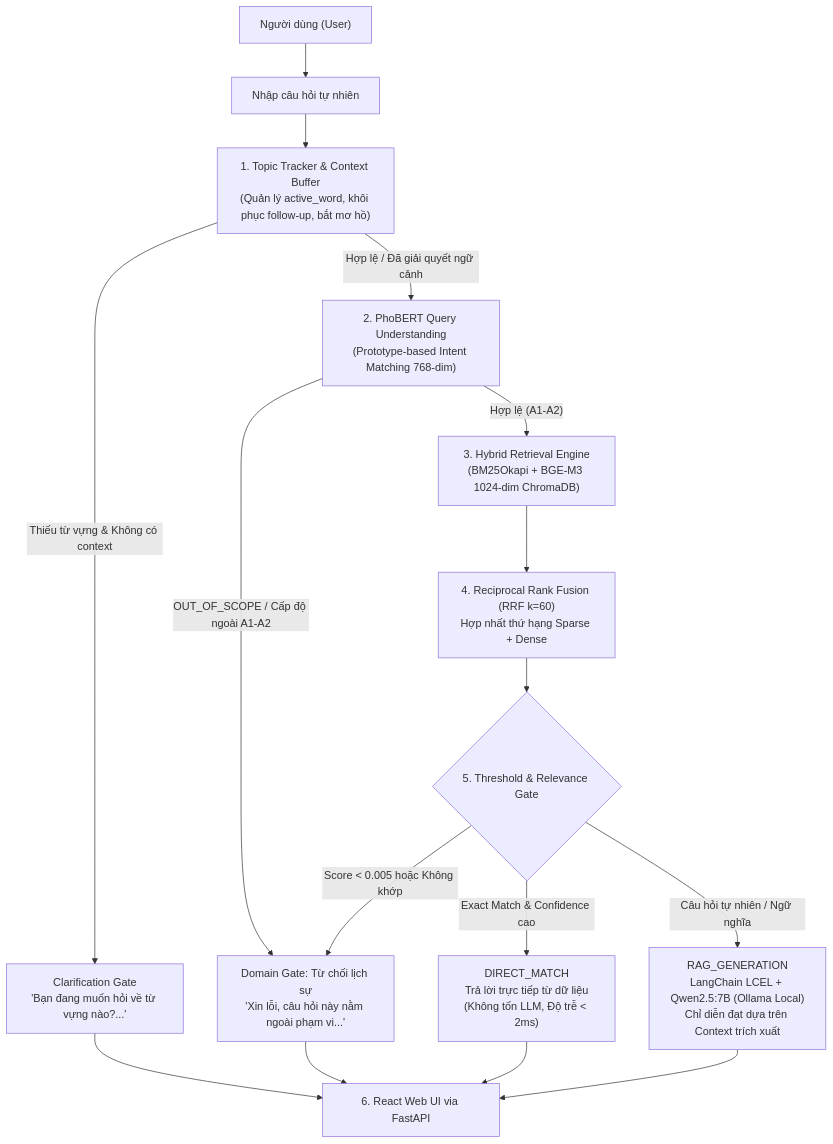
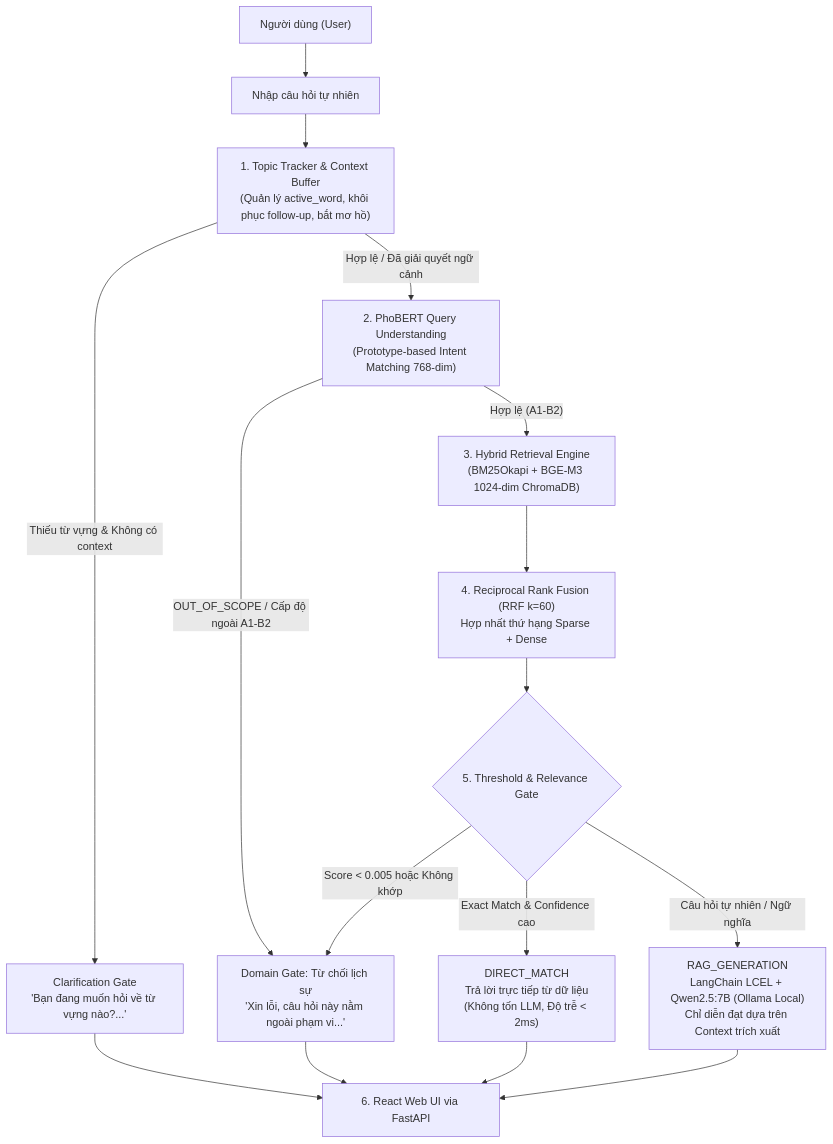
Before and after one commit to vmm2302/chatbox2.0: the diagram in README.md, drawn with Mermaid. The commit also changed other lines of this file, not shown here.

````diff
--- a/README.md
+++ b/README.md
@@ -19,26 +19,26 @@
 ```mermaid
 flowchart TD
     User["Người dùng (User)"] --> Input["Nhập câu hỏi tự nhiên"]
     Input --> TopicTracker["1. Topic Tracker & Context Buffer<br/>(Quản lý active_word, khôi phục follow-up, bắt mơ hồ)"]
     
     TopicTracker -- "Thiếu từ vựng & Không có context" --> Clarification["Clarification Gate<br/>'Bạn đang muốn hỏi về từ vựng nào?...'"]
     
     TopicTracker -- "Hợp lệ / Đã giải quyết ngữ cảnh" --> IntentNLU["2. PhoBERT Query Understanding<br/>(Prototype-based Intent Matching 768-dim)"]
     
-    IntentNLU -- "OUT_OF_SCOPE / Cấp độ ngoài A1-A2" --> Rejection["Domain Gate: Từ chối lịch sự<br/>'Xin lỗi, câu hỏi này nằm ngoài phạm vi...'"]
+    IntentNLU -- "OUT_OF_SCOPE / Cấp độ ngoài A1-B2" --> Rejection["Domain Gate: Từ chối lịch sự<br/>'Xin lỗi, câu hỏi này nằm ngoài phạm vi...'"]
     
-    IntentNLU -- "Hợp lệ (A1-A2)" --> HybridRetriever["3. Hybrid Retrieval Engine<br/>(BM25Okapi + BGE-M3 1024-dim ChromaDB)"]
+    IntentNLU -- "Hợp lệ (A1-B2)" --> HybridRetriever["3. Hybrid Retrieval Engine<br/>(BM25Okapi + BGE-M3 1024-dim ChromaDB)"]
     
     HybridRetriever --> RRF["4. Reciprocal Rank Fusion (RRF k=60)<br/>Hợp nhất thứ hạng Sparse + Dense"]
     
     RRF --> Gate{"5. Threshold & Relevance Gate"}
     
     Gate -- "Score < 0.005 hoặc Không khớp" --> Rejection
     Gate -- "Exact Match & Confidence cao" --> DirectAnswer["DIRECT_MATCH<br/>Trả lời trực tiếp từ dữ liệu<br/>(Không tốn LLM, Độ trễ < 2ms)"]
     Gate -- "Câu hỏi tự nhiên / Ngữ nghĩa" --> GroundedLLM["RAG_GENERATION<br/>LangChain LCEL + Qwen2.5:7B (Ollama Local)<br/>Chỉ diễn đạt dựa trên Context trích xuất"]
     
     DirectAnswer --> ResponseUI["6. React Web UI via FastAPI"]
     GroundedLLM --> ResponseUI
     Clarification --> ResponseUI
     Rejection --> ResponseUI
 ```
````
